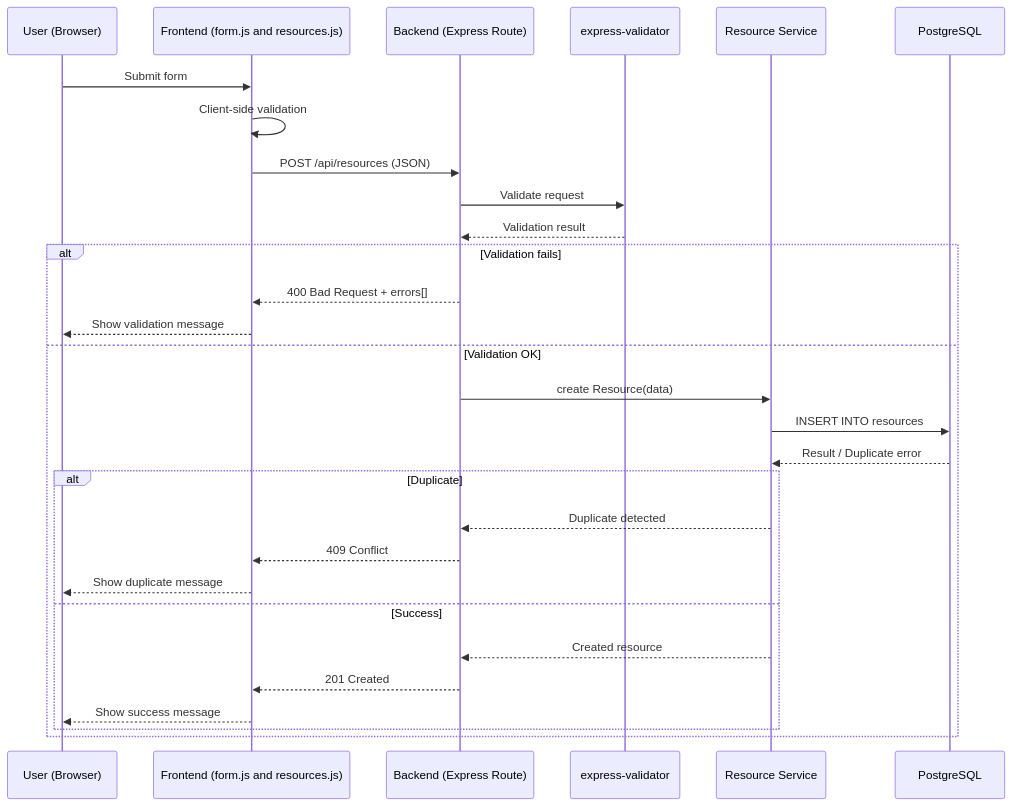
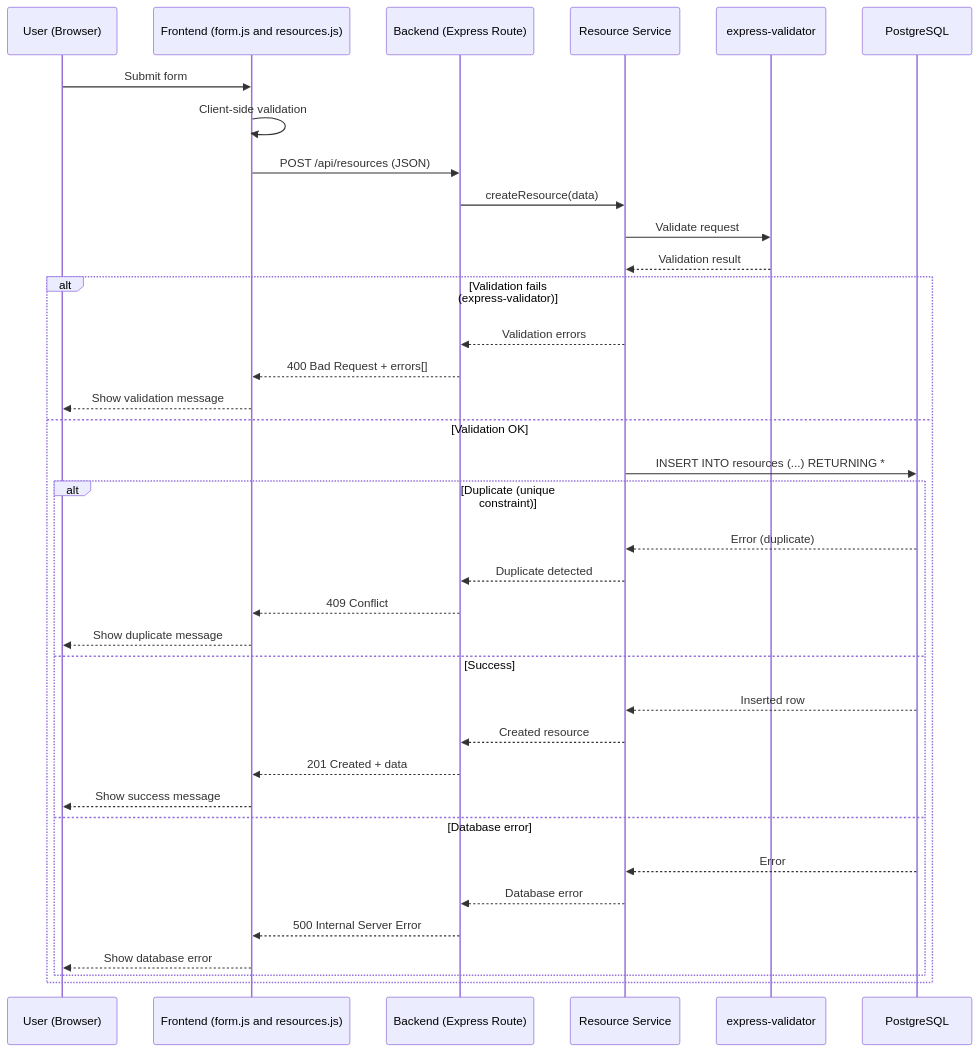
Before and after one commit to Mehdi-Mor/AdvancedWebDev: the first of 5 diagrams in BookingSystemPhase6/G1_CRUD_DataFlow.md, drawn with Mermaid. The commit also changed other lines of this file, not shown here.

````diff
--- a/BookingSystemPhase6/G1_CRUD_DataFlow.md
+++ b/BookingSystemPhase6/G1_CRUD_DataFlow.md
@@ -3,35 +3,42 @@
 ```mermaid
 sequenceDiagram
     participant U as User (Browser)
     participant F as Frontend (form.js and resources.js)
     participant B as Backend (Express Route)
+    participant S as Resource Service
     participant V as express-validator
-    participant S as Resource Service
     participant DB as PostgreSQL
 
     U->>F: Submit form
     F->>F: Client-side validation
     F->>B: POST /api/resources (JSON)
+    B->>S: createResource(data)
 
-    B->>V: Validate request
-    V-->>B: Validation result
+    S->>V: Validate request
+    V-->>S: Validation result
 
-    alt Validation fails
+    alt Validation fails (express-validator)
+        S-->>B: Validation errors
         B-->>F: 400 Bad Request + errors[]
         F-->>U: Show validation message
     else Validation OK
-        B->>S: create Resource(data)
-        S->>DB: INSERT INTO resources
-        DB-->>S: Result / Duplicate error
+        S->>DB: INSERT INTO resources (...) RETURNING *
 
-        alt Duplicate
+        alt Duplicate (unique constraint)
+            DB-->>S: Error (duplicate)
             S-->>B: Duplicate detected
             B-->>F: 409 Conflict
             F-->>U: Show duplicate message
         else Success
+            DB-->>S: Inserted row
             S-->>B: Created resource
-            B-->>F: 201 Created
+            B-->>F: 201 Created + data
             F-->>U: Show success message
+        else Database error
+            DB-->>S: Error
+            S-->>B: Database error
+            B-->>F: 500 Internal Server Error
+            F-->>U: Show database error
         end
     end
 ```
````
